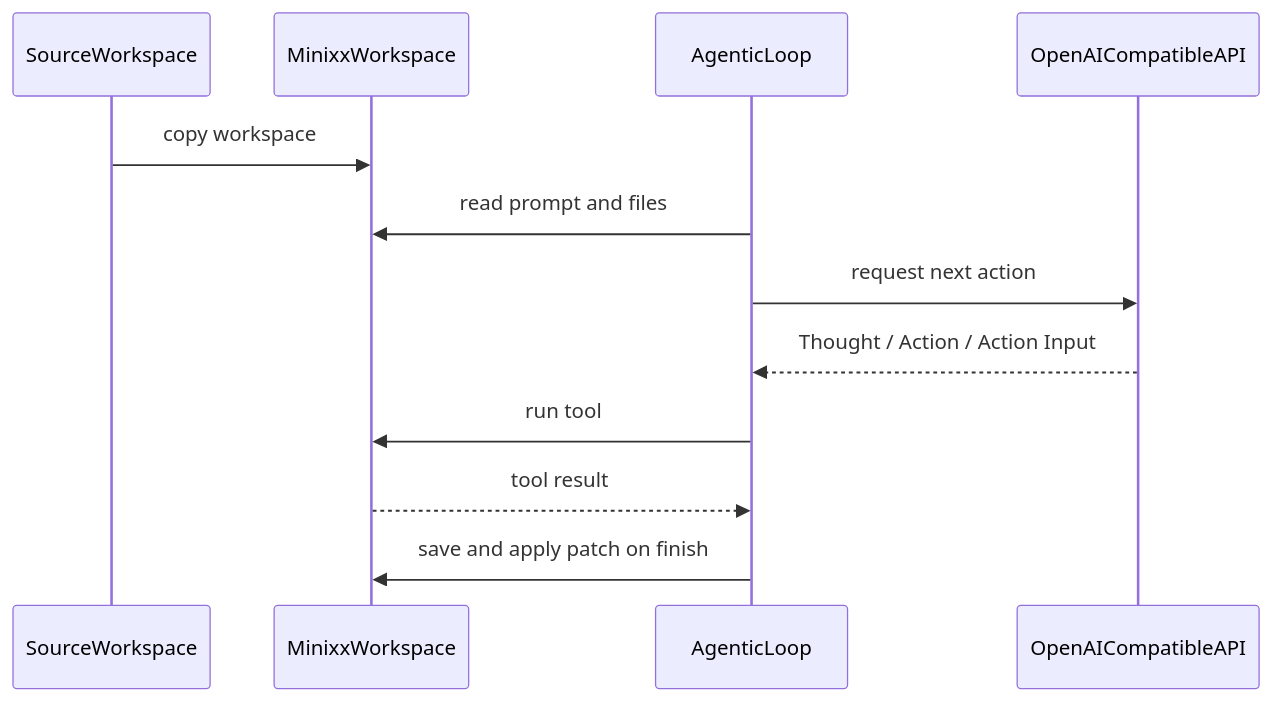
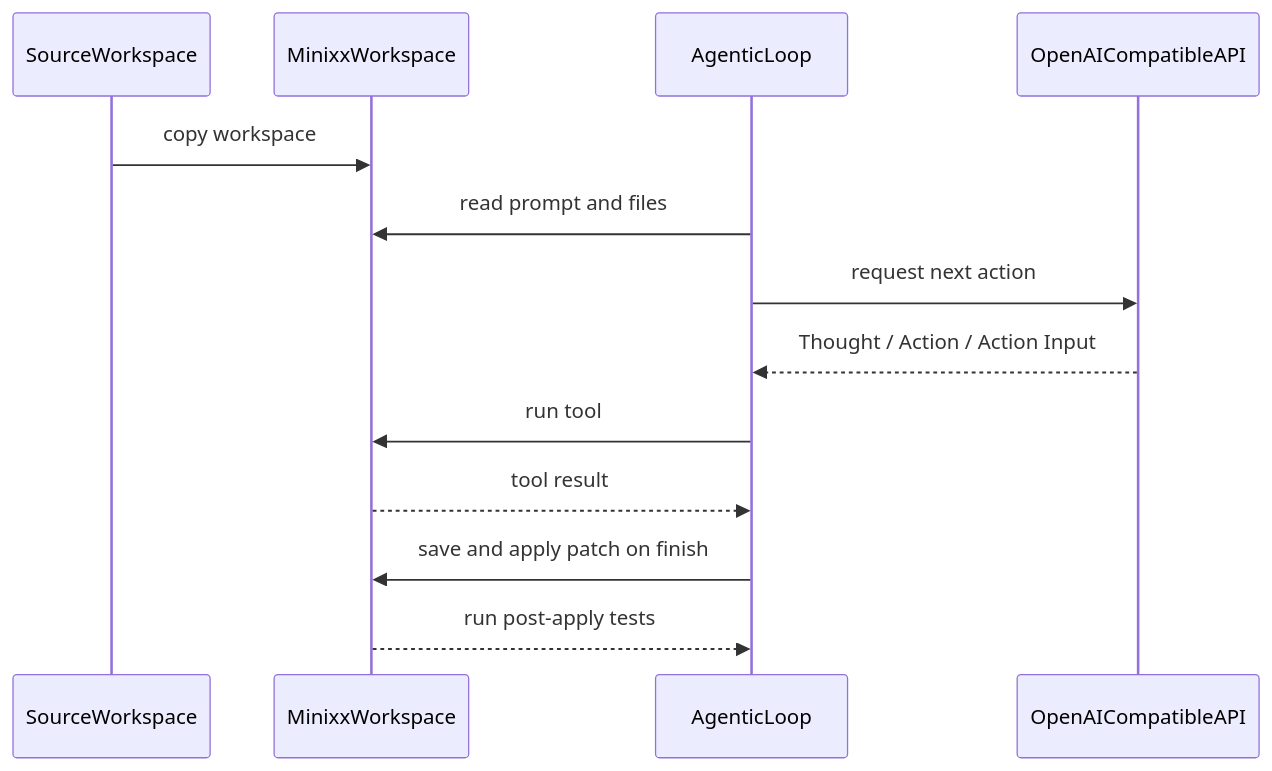
The first of 2 diagrams in README.md (mtov/minixx), drawn with Mermaid before and after one commit. The commit also changed other lines of this file, not shown here.

````diff
--- a/README.md
+++ b/README.md
@@ -202,15 +205,16 @@
 ```mermaid
 sequenceDiagram
     participant Source as SourceWorkspace
     participant Runtime as MinixxWorkspace
     participant AgentLoop as AgenticLoop
     participant Model as OpenAICompatibleAPI
 
     Source->>Runtime: copy workspace
     AgentLoop->>Runtime: read prompt and files
     AgentLoop->>Model: request next action
     Model-->>AgentLoop: Thought / Action / Action Input
     AgentLoop->>Runtime: run tool
     Runtime-->>AgentLoop: tool result
     AgentLoop->>Runtime: save and apply patch on finish
+    Runtime-->>AgentLoop: run post-apply tests
 ```
````
